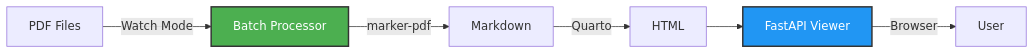
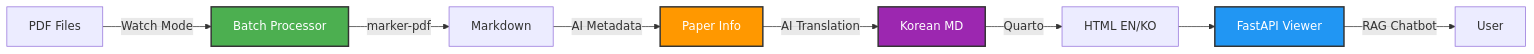
One commit to restful3/paperflow changed the first of 6 diagrams in README.md. Above: the diagram before and after it, drawn with Mermaid. The commit also changed other lines of this file, not shown here.

````diff
--- a/README.md
+++ b/README.md
@@ -25,11 +25,15 @@
 ```mermaid
 graph LR
     A[PDF Files] -->|Watch Mode| B[Batch Processor]
     B -->|marker-pdf| C[Markdown]
-    C -->|Quarto| D[HTML]
-    D --> E[FastAPI Viewer]
-    E -->|Browser| F[User]
+    C -->|AI Metadata| D[Paper Info]
+    D -->|AI Translation| E[Korean MD]
+    E -->|Quarto| F[HTML EN/KO]
+    F --> G[FastAPI Viewer]
+    G -->|RAG Chatbot| H[User]
 
     style B fill:#4CAF50,stroke:#333,stroke-width:2px,color:#fff
-    style E fill:#2196F3,stroke:#333,stroke-width:2px,color:#fff
+    style D fill:#FF9800,stroke:#333,stroke-width:2px,color:#fff
+    style E fill:#9C27B0,stroke:#333,stroke-width:2px,color:#fff
+    style G fill:#2196F3,stroke:#333,stroke-width:2px,color:#fff
 ```
````
